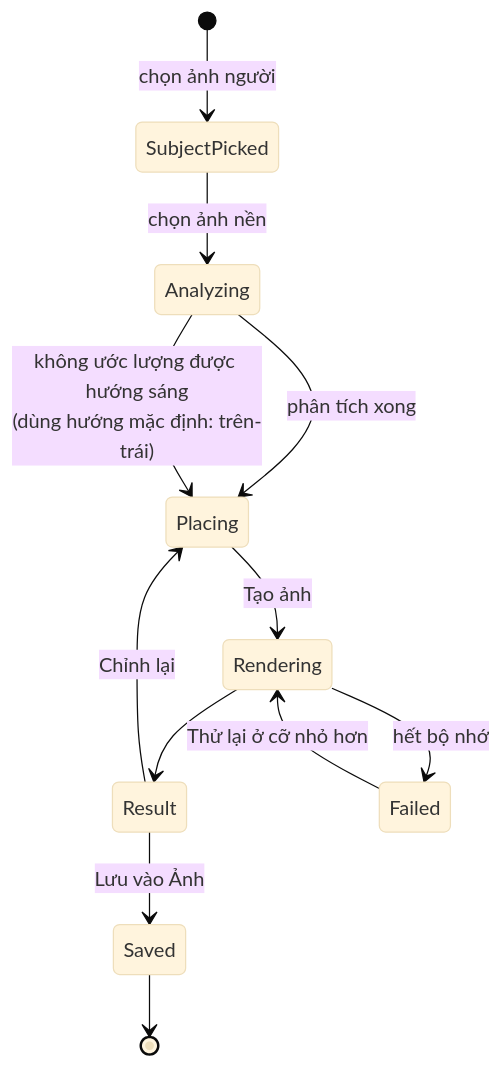
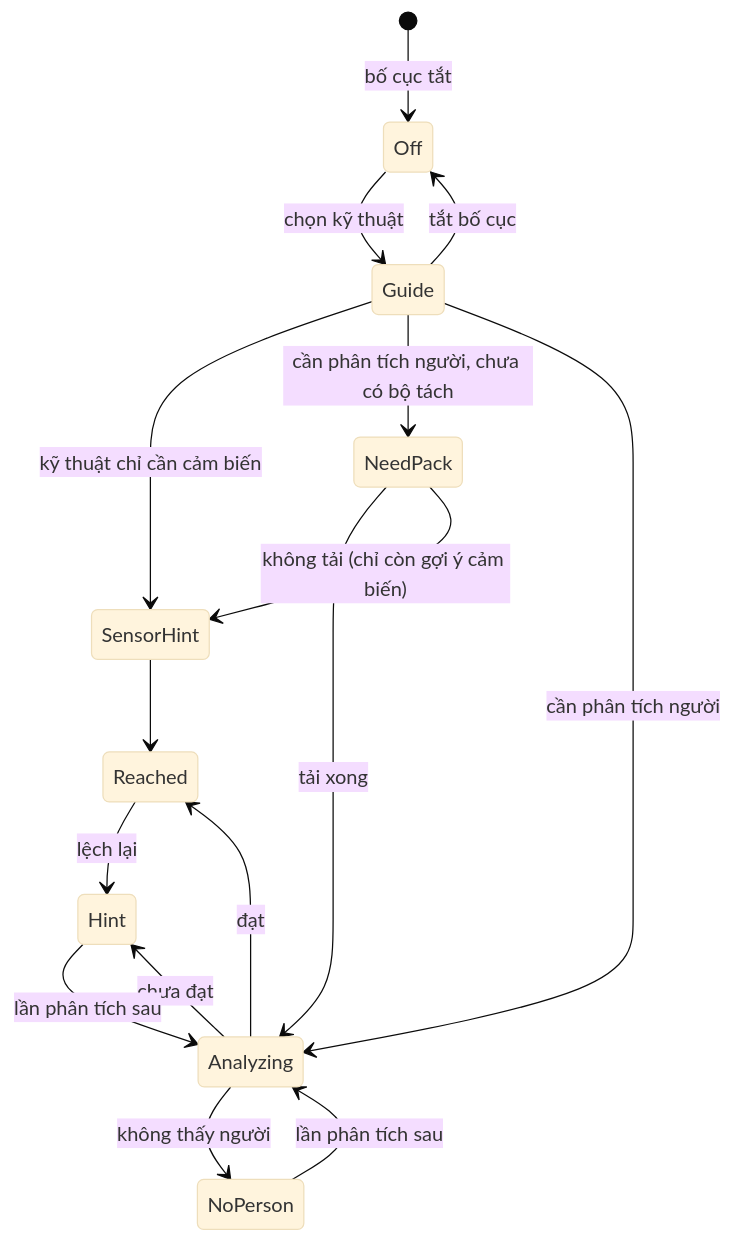
The seventh of 7 diagrams in docs/business-flow.md (tktnq2004/TakeASnap), drawn with Mermaid (base theme) before and after one commit. The commit also changed other lines of this file and 2 other files, not shown here.

First line of the commit message:
docs: Phase 5 đổi từ Thay nền sang Trợ lý bố cục

````diff
--- a/docs/business-flow.md
+++ b/docs/business-flow.md
@@ -415,14 +466,18 @@
 ```mermaid
 stateDiagram-v2
-    [*] --> SubjectPicked: chọn ảnh người
-    SubjectPicked --> Analyzing: chọn ảnh nền
-    Analyzing --> Placing: phân tích xong
-    Analyzing --> Placing: không ước lượng được hướng sáng<br/>(dùng hướng mặc định: trên-trái)
-    Placing --> Rendering: Tạo ảnh
-    Rendering --> Result
-    Rendering --> Failed: hết bộ nhớ
-    Failed --> Rendering: Thử lại ở cỡ nhỏ hơn
-    Result --> Placing: Chỉnh lại
-    Result --> Saved: Lưu vào Ảnh
-    Saved --> [*]
+    [*] --> Off: bố cục tắt
+    Off --> Guide: chọn kỹ thuật
+    Guide --> SensorHint: kỹ thuật chỉ cần cảm biến
+    Guide --> NeedPack: cần phân tích người, chưa có bộ tách
+    NeedPack --> Analyzing: tải xong
+    NeedPack --> SensorHint: không tải (chỉ còn gợi ý cảm biến)
+    Guide --> Analyzing: cần phân tích người
+    Analyzing --> NoPerson: không thấy người
+    Analyzing --> Hint: chưa đạt
+    Analyzing --> Reached: đạt
+    NoPerson --> Analyzing: lần phân tích sau
+    Hint --> Analyzing: lần phân tích sau
+    Reached --> Hint: lệch lại
+    SensorHint --> Reached
+    Guide --> Off: tắt bố cục
 ```
````
